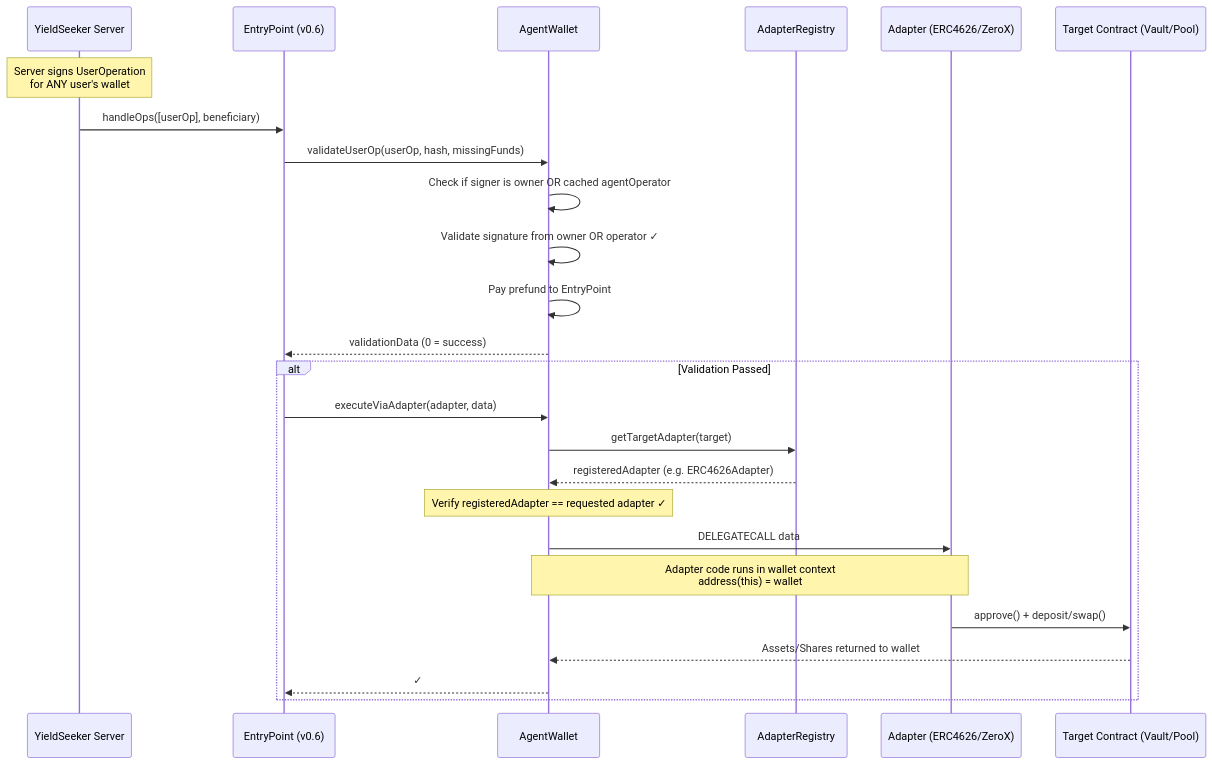
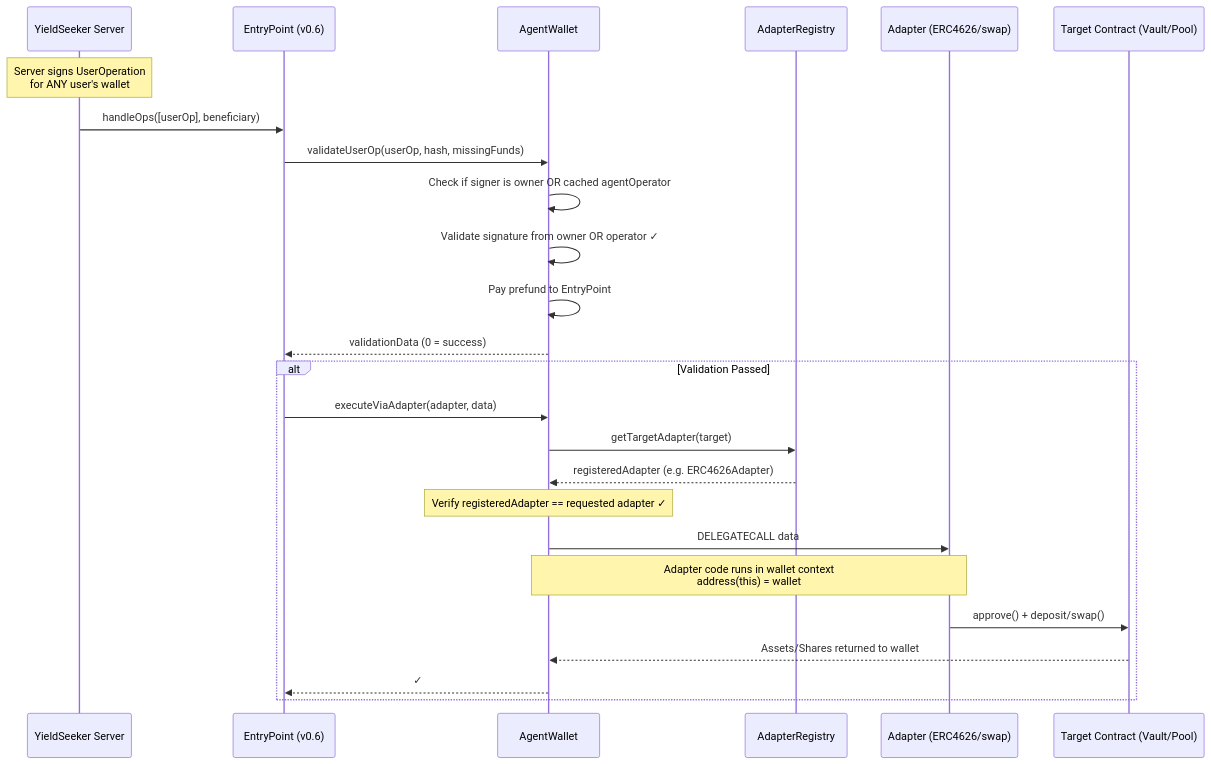
Before and after one commit to tokenpage/yieldseeker-contracts: the first of 6 diagrams in README.md, drawn with Mermaid. The commit also changed other lines of this file and 13 other files, not shown here.

````diff
--- a/README.md
+++ b/README.md
@@ -128,30 +128,30 @@
 ```mermaid
 sequenceDiagram
     participant Server as YieldSeeker Server
     participant EP as EntryPoint (v0.6)
     participant Wallet as AgentWallet
     participant Registry as AdapterRegistry
-    participant Adapter as Adapter (ERC4626/ZeroX)
+    participant Adapter as Adapter (ERC4626/swap)
     participant Target as Target Contract (Vault/Pool)
 
     Note over Server: Server signs UserOperation<br/>for ANY user's wallet
 
     Server->>EP: handleOps([userOp], beneficiary)
     EP->>Wallet: validateUserOp(userOp, hash, missingFunds)
     Wallet->>Wallet: Check if signer is owner OR cached agentOperator
     Wallet->>Wallet: Validate signature from owner OR operator ✓
     Wallet->>Wallet: Pay prefund to EntryPoint
     Wallet-->>EP: validationData (0 = success)
 
     alt Validation Passed
         EP->>Wallet: executeViaAdapter(adapter, data)
         Wallet->>Registry: getTargetAdapter(target)
         Registry-->>Wallet: registeredAdapter (e.g. ERC4626Adapter)
         Note over Wallet: Verify registeredAdapter == requested adapter ✓
         Wallet->>Adapter: DELEGATECALL data
         Note over Wallet, Adapter: Adapter code runs in wallet context<br/>address(this) = wallet
         Adapter->>Target: approve() + deposit/swap()
         Target-->>Wallet: Assets/Shares returned to wallet
         Wallet-->>EP: ✓
     end
 ```
````
